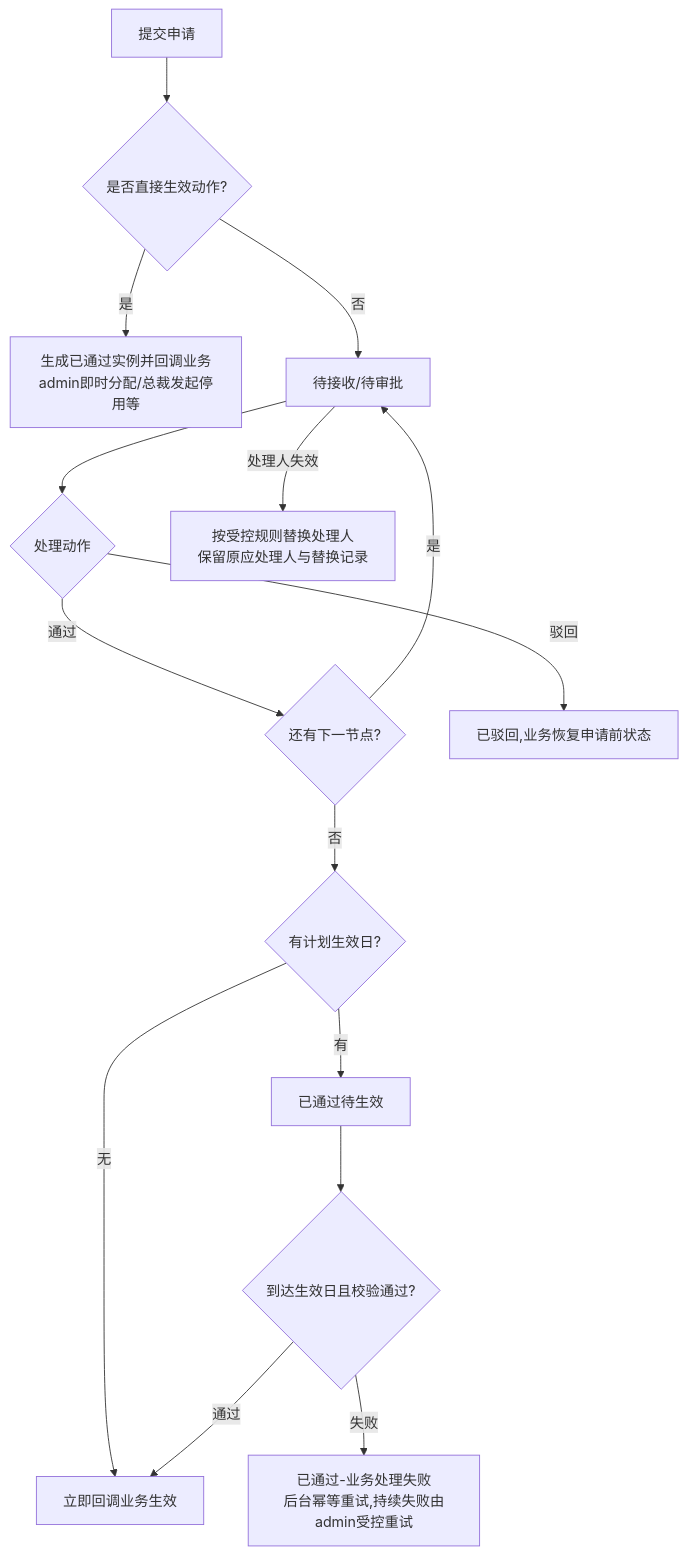
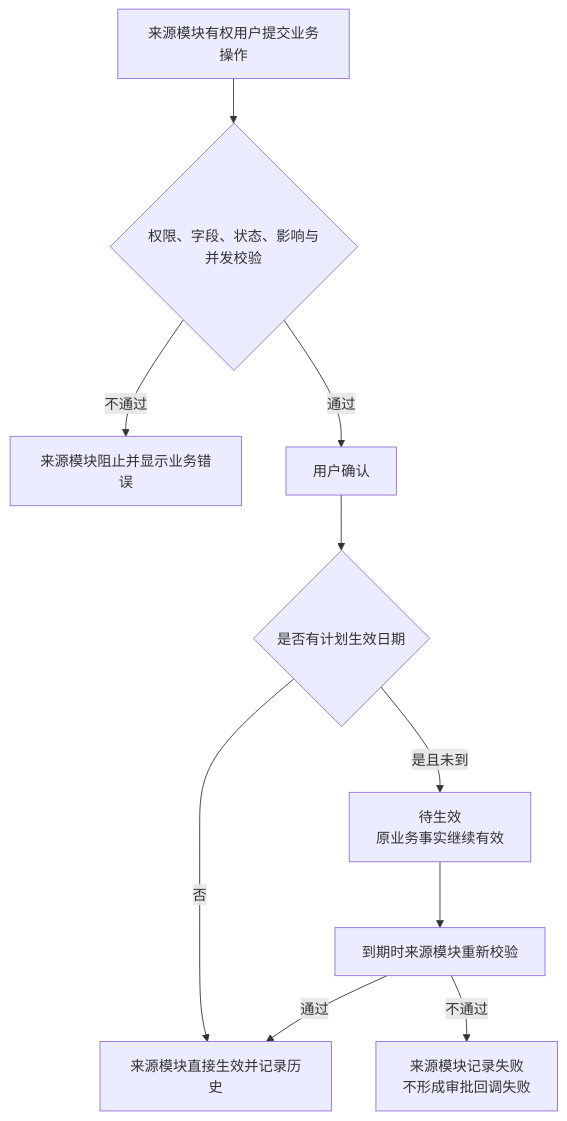
Before and after one commit to Joker-1030/Yingjia-Internal-Management-System: the diagram in prd-workspace/current/user-flows/FLOW-09-M04-approval-lifecycle.md, drawn with Mermaid. The commit also changed other lines of this file and 95 other files, not shown here.

````diff
--- a/prd-workspace/current/user-flows/FLOW-09-M04-approval-lifecycle.md
+++ b/prd-workspace/current/user-flows/FLOW-09-M04-approval-lifecycle.md
@@ -8,17 +7,12 @@
 ```mermaid
 flowchart TD
-    A[提交申请] --> B{是否直接生效动作?}
-    B -- 是 --> C[生成已通过实例并回调业务<br/>admin即时分配/总裁发起停用等]
-    B -- 否 --> D[待接收/待审批]
-    D --> E{处理动作}
-    E -- 通过 --> F{还有下一节点?}
-    F -- 是 --> D
-    F -- 否 --> G{有计划生效日?}
-    G -- 无 --> H[立即回调业务生效]
-    G -- 有 --> I[已通过待生效]
-    I --> J{到达生效日且校验通过?}
-    J -- 失败 --> K[已通过-业务处理失败<br/>后台幂等重试,持续失败由admin受控重试]
-    J -- 通过 --> H
-    E -- 驳回 --> L[已驳回,业务恢复申请前状态]
-    D -- 处理人失效 --> R[按受控规则替换处理人<br/>保留原应处理人与替换记录]
+    A[来源模块有权用户提交业务操作] --> B{权限、字段、状态、影响与并发校验}
+    B -- 不通过 --> C[来源模块阻止并显示业务错误]
+    B -- 通过 --> D[用户确认]
+    D --> E{是否有计划生效日期}
+    E -- 否 --> F[来源模块直接生效并记录历史]
+    E -- 是且未到 --> G[待生效\n原业务事实继续有效]
+    G --> H[到期时来源模块重新校验]
+    H -- 通过 --> F
+    H -- 不通过 --> I[来源模块记录失败\n不形成审批回调失败]
 ```
````
